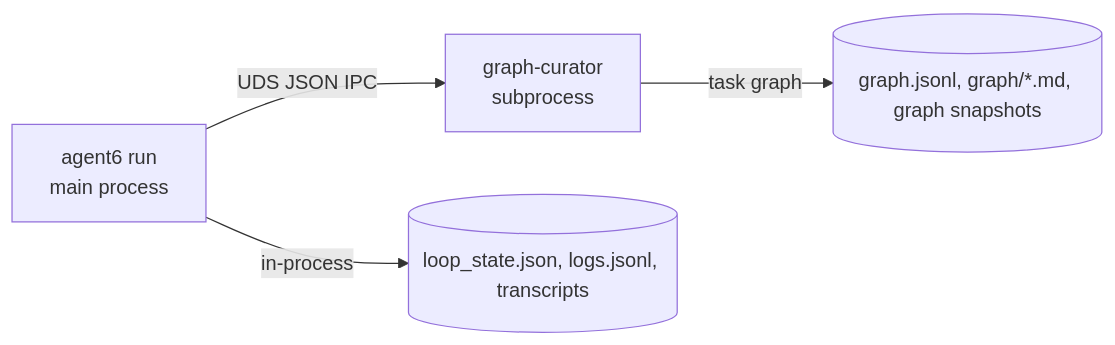
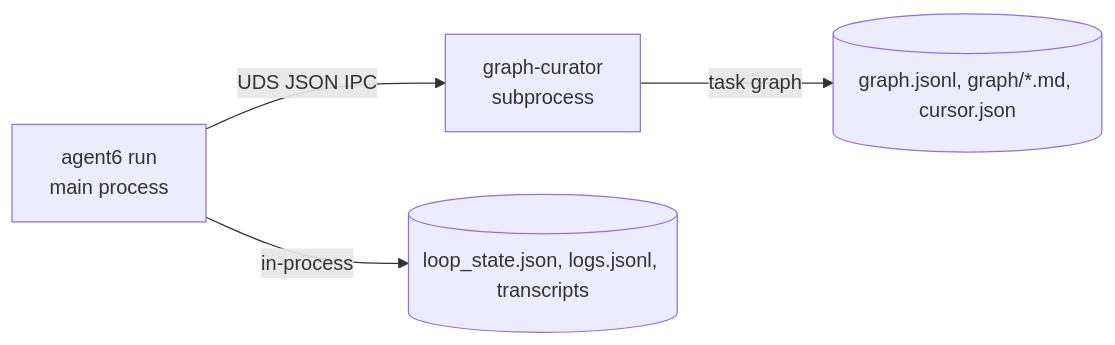
Before and after one commit to agent6-dev/agent6: the fourth of 4 diagrams in docs/architecture.md, drawn with Mermaid. The commit also changed other lines of this file and 15 other files, not shown here.

````diff
--- a/docs/architecture.md
+++ b/docs/architecture.md
@@ -181,6 +181,6 @@
 ```mermaid
 flowchart LR
     Agent[agent6 run<br/>main process] -->|UDS JSON IPC| Curator[graph-curator<br/>subprocess]
-    Curator -->|task graph| Graph[(graph.jsonl, graph/*.md, graph snapshots)]
+    Curator -->|task graph| Graph[(graph.jsonl, graph/*.md, cursor.json)]
     Agent -->|in-process| Rest[(loop_state.json, logs.jsonl, transcripts)]
 ```
````
